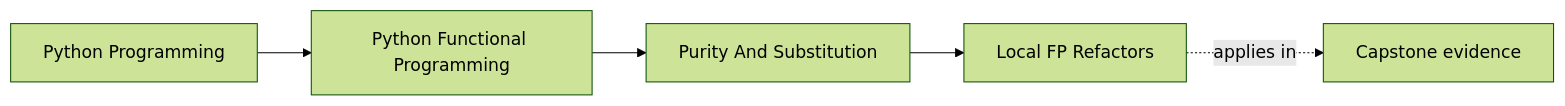
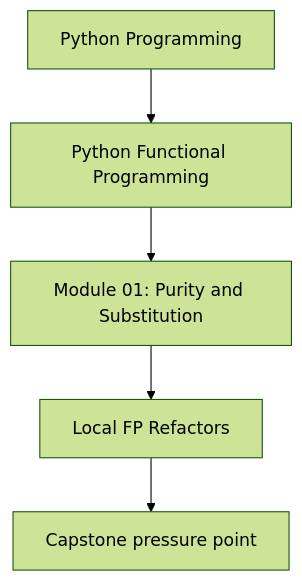
The first of 2 diagrams in programs/python-programming/python-functional-programming/course-book/module-01-purity-and-substitution/local-fp-refactors.md (bijux/bijux-masterclass), drawn with Mermaid (forest theme) before and after one commit. The commit also changed other lines of this file and 118 other files, not shown here.

Commit message:
docs(python-functional-programming): align concept page diagrams

````diff
--- a/programs/python-programming/python-functional-programming/course-book/module-01-purity-and-substitution/local-fp-refactors.md
+++ b/programs/python-programming/python-functional-programming/course-book/module-01-purity-and-substitution/local-fp-refactors.md
@@ -7,11 +7,7 @@
 ```mermaid
-graph LR
-  family["Python Programming"]
-  program["Python Functional Programming"]
-  section["Purity And Substitution"]
-  page["Local FP Refactors"]
-  capstone["Capstone evidence"]
-
-  family --> program --> section --> page
-  page -.applies in.-> capstone
+flowchart TD
+  family["Python Programming"] --> program["Python Functional Programming"]
+  program --> module["Module 01: Purity and Substitution"]
+  module --> concept["Local FP Refactors"]
+  concept --> capstone["Capstone pressure point"]
 ```
````
